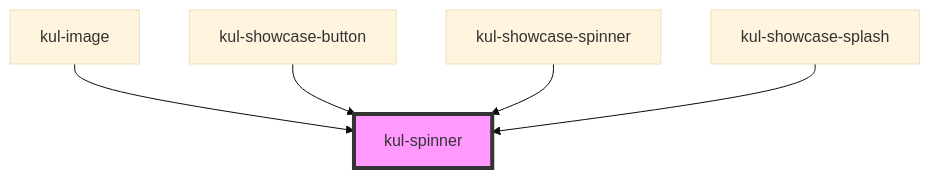
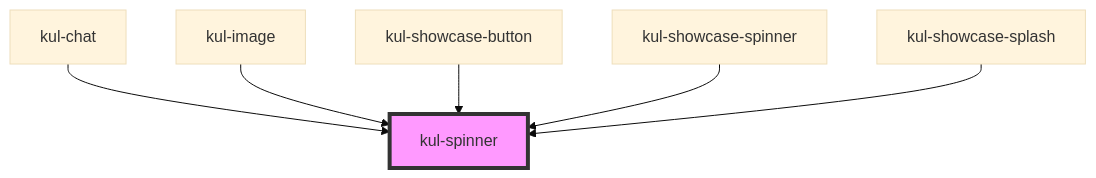
Before and after one commit to smeup/ketchup: the diagram in packages/ketchup-lite/src/components/kul-spinner/readme.md, drawn with Mermaid (base theme). The commit also changed other lines of this file and 25 other files, not shown here.

Commit message:
feat: new component kul-chat

````diff
--- a/packages/ketchup-lite/src/components/kul-spinner/readme.md
+++ b/packages/ketchup-lite/src/components/kul-spinner/readme.md
@@ -85,8 +86,9 @@
 ```mermaid
 graph TD;
+  kul-chat --> kul-spinner
   kul-image --> kul-spinner
   kul-showcase-button --> kul-spinner
   kul-showcase-spinner --> kul-spinner
   kul-showcase-splash --> kul-spinner
   style kul-spinner fill:#f9f,stroke:#333,stroke-width:4px
 ```
````
